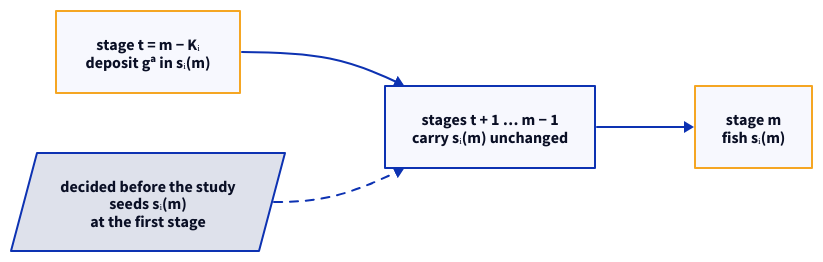
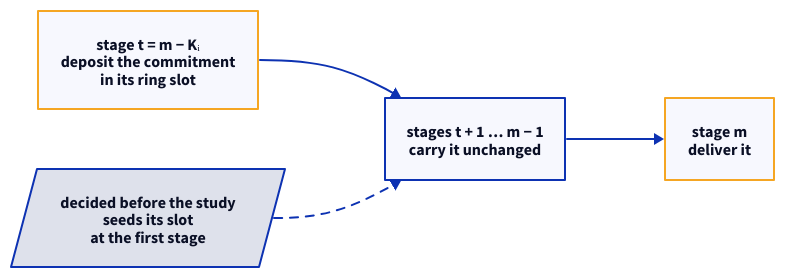
The second of 2 diagrams in src/content/docs/math/system-elements.mdx (cobre-rs/cobre-docs), drawn with D2 before and after one commit. The commit also changed other lines of this file and 65 other files, not shown here.

````diff
--- a/src/content/docs/math/system-elements.mdx
+++ b/src/content/docs/math/system-elements.mdx
@@ -283,16 +239,16 @@
 ```d2
 direction: right
 
 classes: {
   thermal: {style: {stroke: "#f5a623"}}
 }
 
-decide: "stage t = m − Kᵢ\ndeposit gᵃ in sᵢ(m)" {class: thermal}
-seed: "decided before the study\nseeds sᵢ(m)\nat the first stage" {shape: parallelogram}
-carry: "stages t + 1 … m − 1\ncarry sᵢ(m) unchanged"
-deliver: "stage m\nfish sᵢ(m)" {class: thermal}
+decide: "stage t = m − Kᵢ\ndeposit the commitment\nin its ring slot" {class: thermal}
+seed: "decided before the study\nseeds its slot\nat the first stage" {shape: parallelogram}
+carry: "stages t + 1 … m − 1\ncarry it unchanged"
+deliver: "stage m\ndeliver it" {class: thermal}
 
 decide -> carry
 seed -> carry: {style.stroke-dash: 4}
 carry -> deliver
 ```
````
